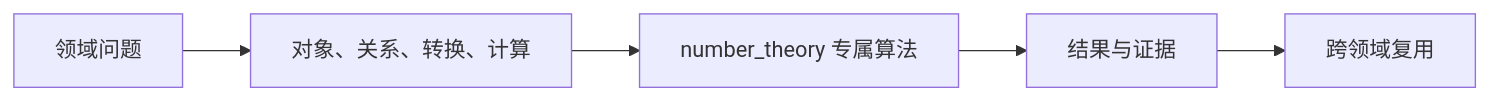
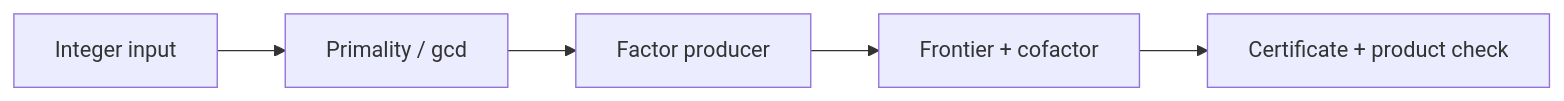
Before and after one commit to ai4waifu/athena.rs: the first of 3 diagrams in projects/athena-engine/src/domains/number_theory/readme.md, drawn with Mermaid. The commit also changed other lines of this file and 21 other files, not shown here.

````diff
--- a/projects/athena-engine/src/domains/number_theory/readme.md
+++ b/projects/athena-engine/src/domains/number_theory/readme.md
@@ -15,7 +15,7 @@
 ```mermaid
 flowchart LR
-    Problem["领域问题"] --> Decompose["对象、关系、转换、计算"]
-    Decompose --> Algorithm["number_theory 专属算法"]
-    Algorithm --> Evidence["结果与证据"]
-    Evidence --> Cross["跨领域复用"]
+ N["Integer input"] --> P["Primality / gcd"]
+ P --> F["Factor producer"]
+ F --> Q["Frontier + cofactor"]
+ Q --> C["Certificate + product check"]
 ```
````
